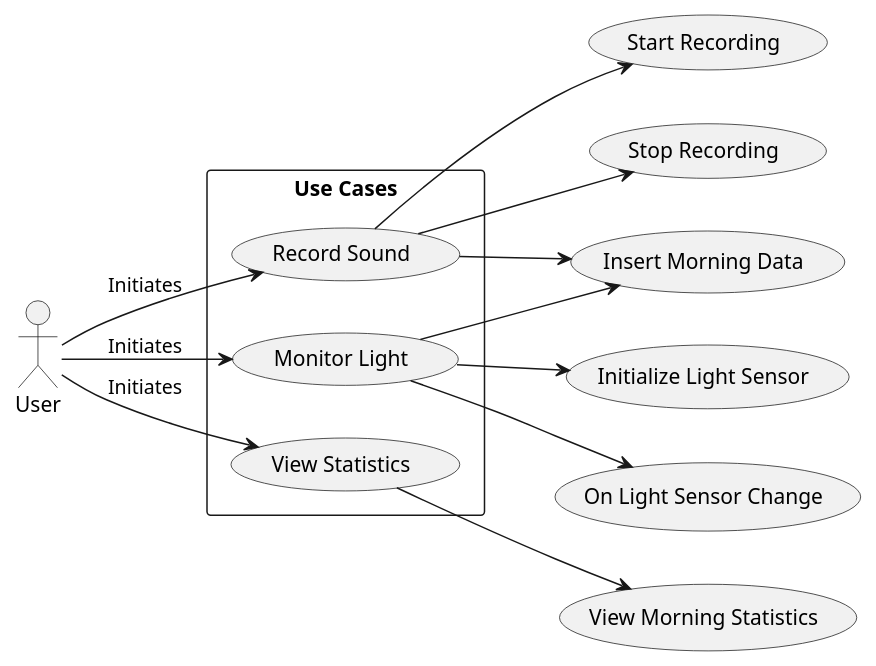
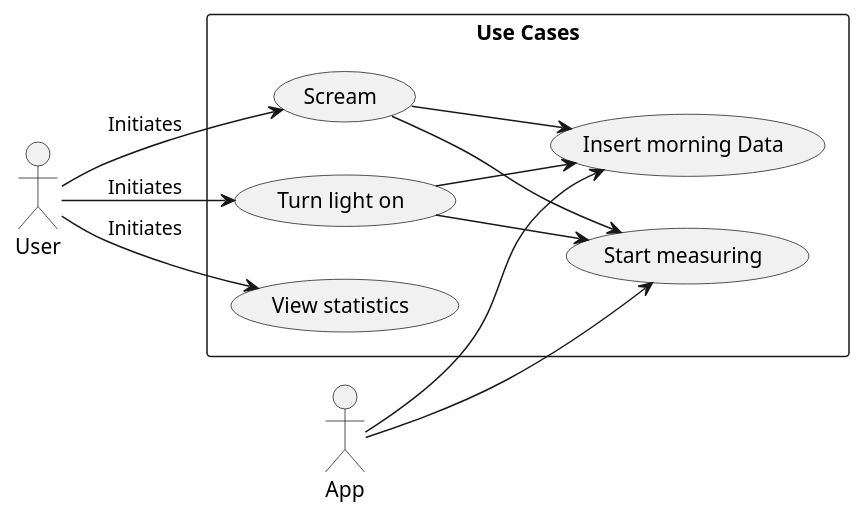
The diagram in powerRise/app/src/main/java/com/example/powerise/Usecase1.puml (melina237/poweRise), drawn with PlantUML before and after one commit. The commit also changed 1 other file, not shown here.

```diff
--- a/powerRise/app/src/main/java/com/example/powerise/Usecase1.puml
+++ b/powerRise/app/src/main/java/com/example/powerise/Usecase1.puml
@@ -1,24 +1,28 @@
 @startuml
 left to right direction
 actor User
+actor App
 rectangle "Use Cases" {
-    usecase "Record Sound" as RecordSound
-    usecase "Monitor Light" as MonitorLight
-    usecase "View Statistics" as ViewStatistics
+    usecase "Scream" as RecordSound
+    usecase "Turn light on" as MonitorLight
+    usecase "View statistics" as ViewStatistics
+    usecase "Start measuring" as Startmeasuring
+    usecase "Insert morning Data" as insert
 }
 
 User --> RecordSound: Initiates
 User --> MonitorLight: Initiates
 User --> ViewStatistics: Initiates
 
-RecordSound --> (Start Recording)
-RecordSound --> (Stop Recording)
-RecordSound --> (Insert Morning Data)
+App --> insert
+App --> Startmeasuring
 
-MonitorLight --> (Initialize Light Sensor)
-MonitorLight --> (On Light Sensor Change)
-MonitorLight --> (Insert Morning Data)
+RecordSound --> insert
+MonitorLight --> insert
 
-ViewStatistics --> (View Morning Statistics)
+RecordSound --> Startmeasuring
+MonitorLight --> Startmeasuring
+
+
 
 @enduml
```
